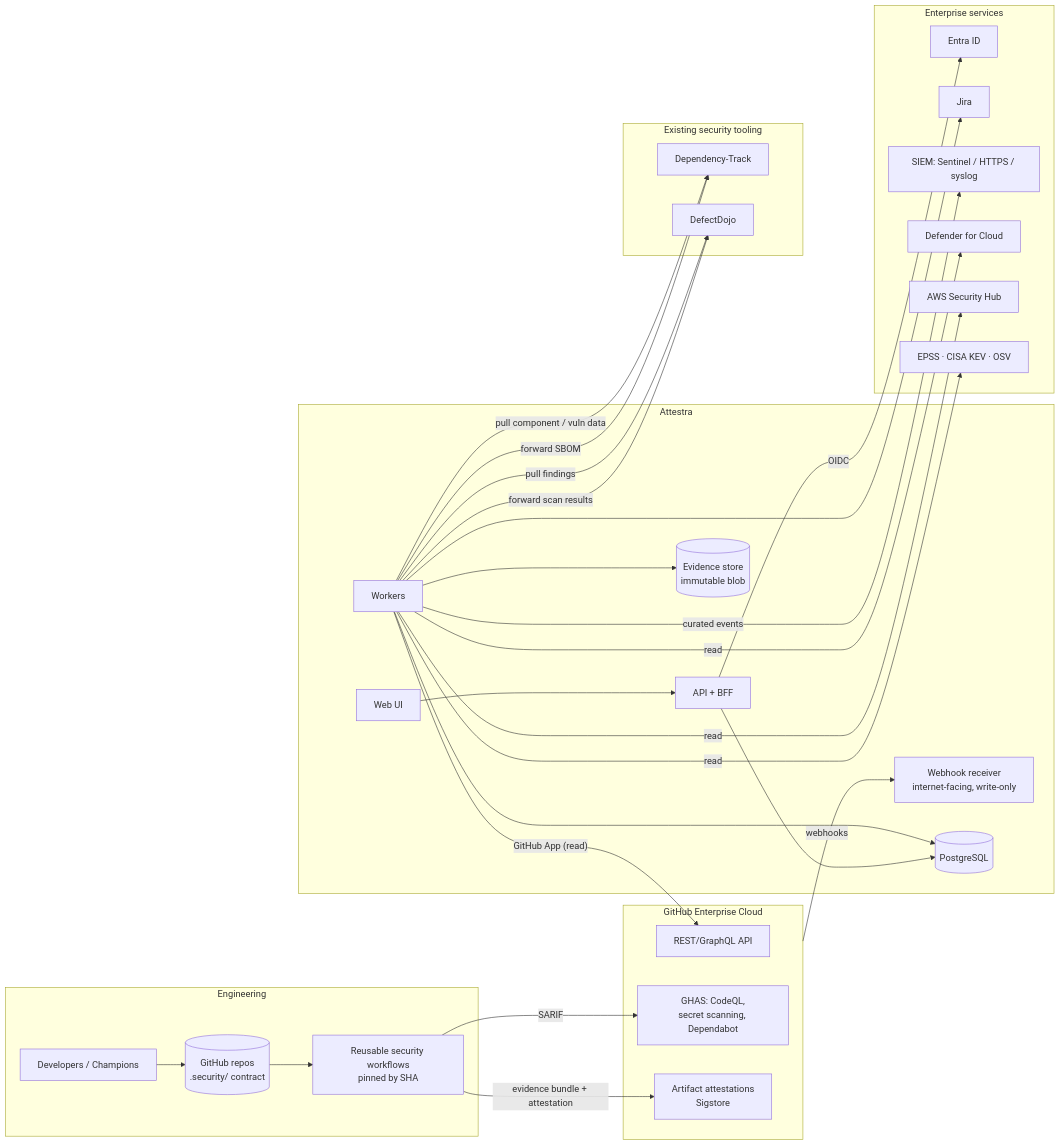
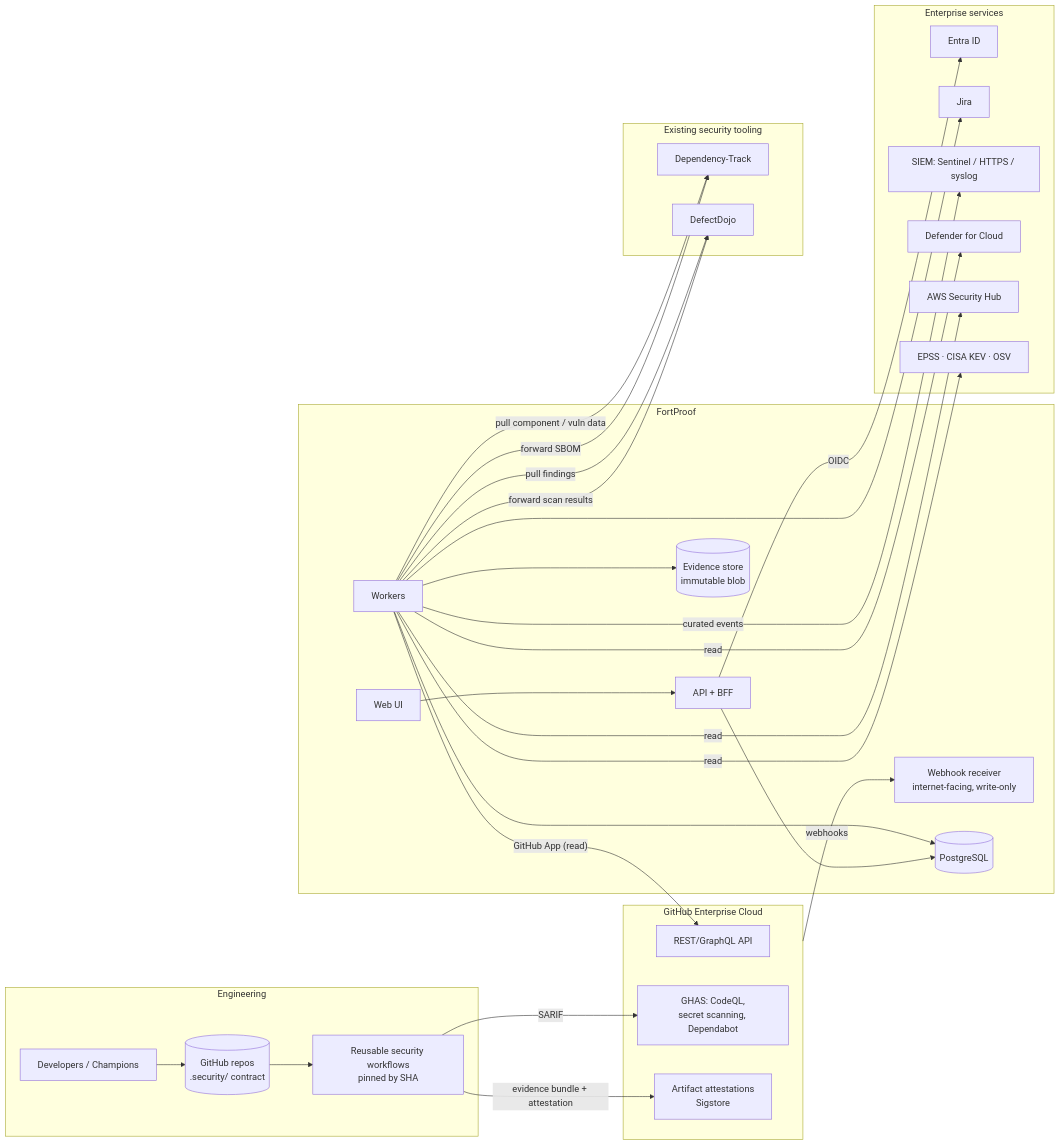
One commit to cipherfort/attestra changed the first of 3 diagrams in docs/architecture/02-platform-architecture.md. Above: the diagram before and after it, drawn with Mermaid. The commit also changed 123 other files, not shown here.

First line of the commit message:
feat!: rename the project to FortProof (#40)

````diff
--- a/docs/architecture/02-platform-architecture.md
+++ b/docs/architecture/02-platform-architecture.md
@@ -30,53 +30,53 @@
 ```mermaid
 flowchart LR
   subgraph Eng[Engineering]
     Dev[Developers / Champions]
     Repo[(GitHub repos<br/>.security/ contract)]
     WF[Reusable security workflows<br/>pinned by SHA]
   end
   subgraph GH[GitHub Enterprise Cloud]
     GHAPI[REST/GraphQL API]
     GHAS[GHAS: CodeQL,<br/>secret scanning, Dependabot]
     ATT[Artifact attestations<br/>Sigstore]
   end
-  subgraph Plat[Attestra]
+  subgraph Plat[FortProof]
     HOOK[Webhook receiver<br/>internet-facing, write-only]
     API[API + BFF]
     UI[Web UI]
     WRK[Workers]
     DB[(PostgreSQL)]
     BLOB[(Evidence store<br/>immutable blob)]
   end
   subgraph Tools[Existing security tooling]
     DT[Dependency-Track]
     DD[DefectDojo]
   end
   subgraph Ext[Enterprise services]
     ENTRA[Entra ID]
     JIRA[Jira]
     SENT[SIEM: Sentinel / HTTPS / syslog]
     DFC[Defender for Cloud]
     SH[AWS Security Hub]
     FEEDS[EPSS · CISA KEV · OSV]
   end
 
   Dev --> Repo --> WF
   WF -- SARIF --> GHAS
   WF -- evidence bundle + attestation --> ATT
   GH -- webhooks --> HOOK
   WRK -- GitHub App (read) --> GHAPI
   WRK -- forward SBOM --> DT
   WRK -- forward scan results --> DD
   WRK -- pull findings --> DD
   WRK -- pull component / vuln data --> DT
   WRK --> JIRA
   WRK -- curated events --> SENT
   WRK -- read --> DFC
   WRK -- read --> SH
   WRK -- read --> FEEDS
   UI --> API
   API --> DB
   WRK --> DB
   WRK --> BLOB
   API -- OIDC --> ENTRA
 ```
````
